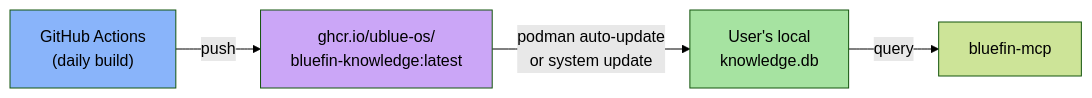
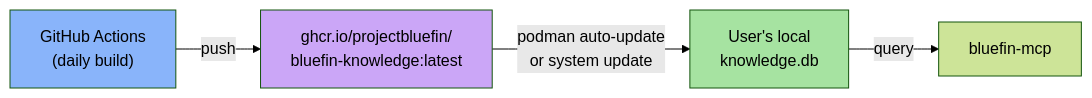
One commit to projectbluefin/common changed the sixth of 19 diagrams in specs/00-bluespeed-specification.md. Above: the diagram before and after it, drawn with Mermaid (forest theme). The commit also changed other lines of this file, not shown here.

First line of the commit message:
fix(docs): update bluefin-knowledge OCI refs to projectbluefin org

````diff
--- a/specs/00-bluespeed-specification.md
+++ b/specs/00-bluespeed-specification.md
@@ -683,10 +683,10 @@
 ```mermaid
 graph LR
-    CI["GitHub Actions<br/>(daily build)"] -->|push| GHCR["ghcr.io/ublue-os/<br/>bluefin-knowledge:latest"]
+    CI["GitHub Actions<br/>(daily build)"] -->|push| GHCR["ghcr.io/projectbluefin/<br/>bluefin-knowledge:latest"]
     GHCR -->|podman auto-update<br/>or system update| LOCAL["User's local<br/>knowledge.db"]
     LOCAL -->|query| MCP["bluefin-mcp"]
 
     style CI fill:#89b4fa,color:#000
     style GHCR fill:#cba6f7,color:#000
     style LOCAL fill:#a6e3a1,color:#000
 ```
````
